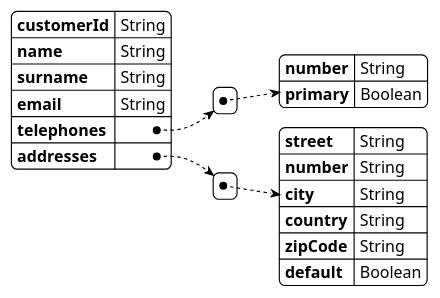
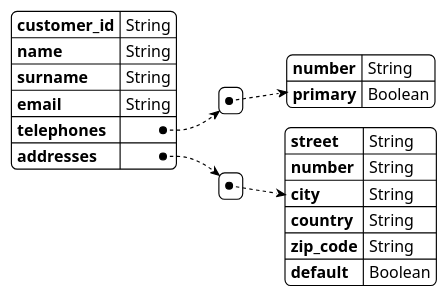
Before and after one commit to scalvetr/costomer-single-view: the diagram in doc/data-definition-customer-ms.puml, drawn with PlantUML. The commit also changed 24 other files, not shown here.

```diff
--- a/doc/data-definition-customer-ms.puml
+++ b/doc/data-definition-customer-ms.puml
@@ -1,25 +1,25 @@
 @startyaml
 <style>
 yamlDiagram {
   BackGroundColor white
   LineThickness 1
   LineColor black
 }
 </style>
 
-customerId: String
+customer_id: String
 name: String
 surname: String
 email: String
 telephones:
     - number: String
       primary: Boolean
 addresses:
     - street: String
       number: String
       city: String
       country: String
-      zipCode: String
+      zip_code: String
       default: Boolean
 
 @endyaml
```
